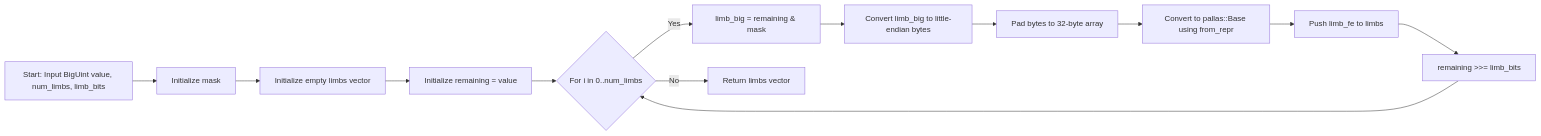
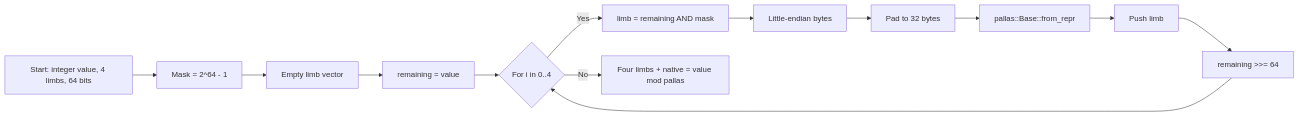
The diagram in docs/circuit/spec.md (hard-nett/airdrop), drawn with Mermaid before and after one commit. The commit also changed other lines of this file and 174 other files, not shown here.

````diff
--- a/docs/circuit/spec.md
+++ b/docs/circuit/spec.md
@@ -530,15 +329,15 @@
 ```mermaid
 flowchart LR
-    A[Start: Input BigUint value, num_limbs, limb_bits] --> B[Initialize mask ]
-    B --> C[Initialize empty limbs vector]
-    C --> D[Initialize remaining = value ]
-    D --> E{For i in 0..num_limbs}
-    E -- Yes --> F[limb_big = remaining & mask]
-    F --> G[Convert limb_big to little-endian bytes]
-    G --> H[Pad bytes to 32-byte array]
-    H --> I[Convert to pallas::Base using from_repr]
-    I --> J[Push limb_fe to limbs]
-    J --> K[remaining >>= limb_bits]
+    A[Start: integer value, 4 limbs, 64 bits] --> B[Mask = 2^64 - 1]
+    B --> C[Empty limb vector]
+    C --> D[remaining = value]
+    D --> E{For i in 0..4}
+    E -- Yes --> F[limb = remaining AND mask]
+    F --> G[Little-endian bytes]
+    G --> H[Pad to 32 bytes]
+    H --> I[pallas::Base::from_repr]
+    I --> J[Push limb]
+    J --> K[remaining >>= 64]
     K --> E
-    E -- No --> L[Return limbs vector]
+    E -- No --> L[Four limbs + native = value mod pallas]
 ```
````
